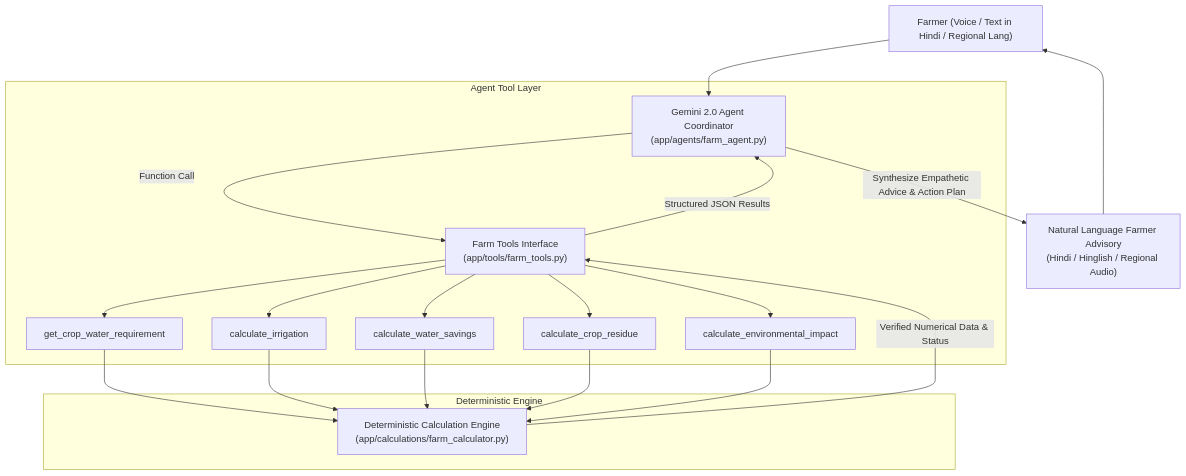
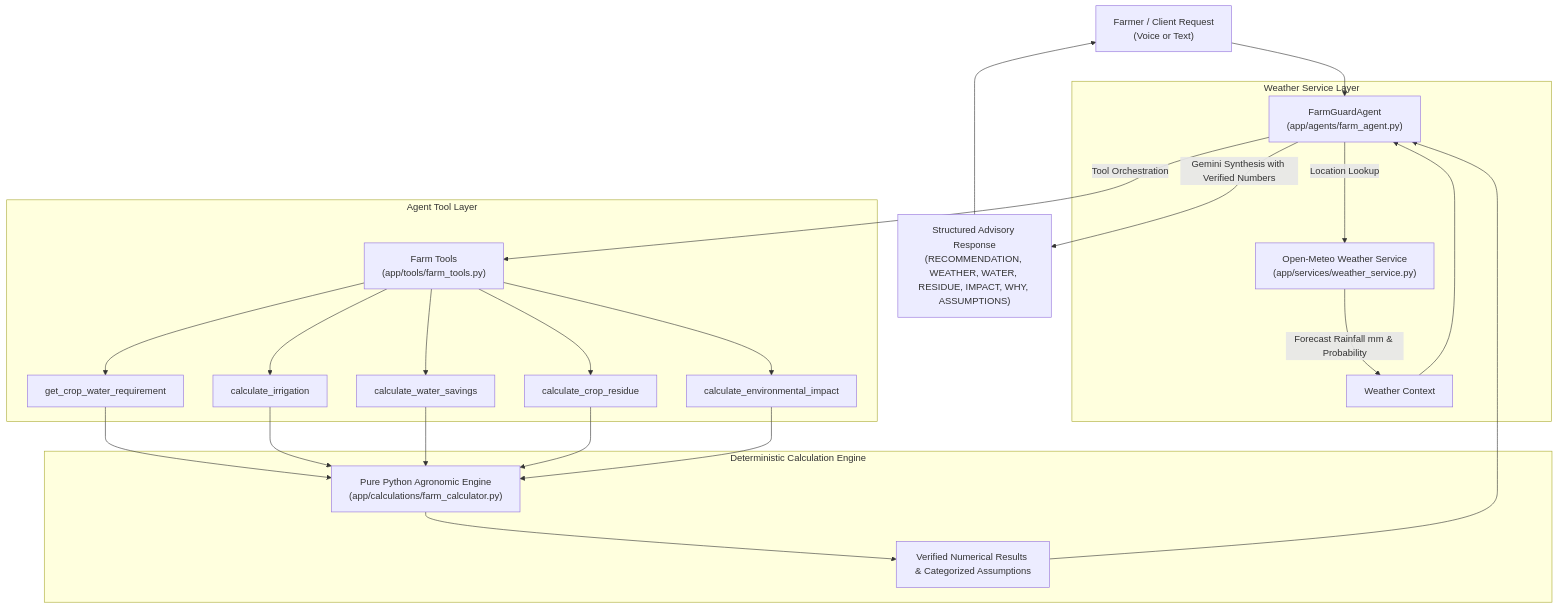
One commit to Ankushh0027/FarmGuard-AI changed the diagram in docs/architecture.md. Above: the diagram before and after it, drawn with Mermaid. The commit also changed other lines of this file and 8 other files, not shown here.

Commit message:
fix: harden irrigation model and weather uncertainty

````diff
--- a/docs/architecture.md
+++ b/docs/architecture.md
@@ -45,26 +21,28 @@
 ```mermaid
 flowchart TD
-    User["Farmer (Voice / Text in Hindi / Regional Lang)"] --> Agent["Gemini 2.0 Agent Coordinator\n(app/agents/farm_agent.py)"]
+    User["Farmer / Client Request\n(Voice or Text)"] --> Agent["FarmGuardAgent\n(app/agents/farm_agent.py)"]
     
+    subgraph Weather Service Layer
+        Agent -->|Location Lookup| WeatherService["Open-Meteo Weather Service\n(app/services/weather_service.py)"]
+        WeatherService -->|Forecast Rainfall mm & Probability| WeatherData["Weather Context"]
+    end
+
     subgraph Agent Tool Layer
-        Agent -->|Function Call| Tools["Farm Tools Interface\n(app/tools/farm_tools.py)"]
-        Tools --> Tool1["get_crop_water_requirement"]
-        Tools --> Tool2["calculate_irrigation"]
-        Tools --> Tool3["calculate_water_savings"]
-        Tools --> Tool4["calculate_crop_residue"]
-        Tools --> Tool5["calculate_environmental_impact"]
+        Agent -->|Tool Orchestration| Tools["Farm Tools\n(app/tools/farm_tools.py)"]
+        Tools --> T1["get_crop_water_requirement"]
+        Tools --> T2["calculate_irrigation"]
+        Tools --> T3["calculate_water_savings"]
+        Tools --> T4["calculate_crop_residue"]
+        Tools --> T5["calculate_environmental_impact"]
     end
-    
-    subgraph Deterministic Engine
-        Tool1 --> DetEngine["Deterministic Calculation Engine\n(app/calculations/farm_calculator.py)"]
-        Tool2 --> DetEngine
-        Tool3 --> DetEngine
-        Tool4 --> DetEngine
-        Tool5 --> DetEngine
+
+    subgraph Deterministic Calculation Engine
+        T1 & T2 & T3 & T4 & T5 --> Engine["Pure Python Agronomic Engine\n(app/calculations/farm_calculator.py)"]
+        Engine --> VerifiedResults["Verified Numerical Results & Categorized Assumptions"]
     end
-    
-    DetEngine -->|Verified Numerical Data & Status| Tools
-    Tools -->|Structured JSON Results| Agent
-    Agent -->|Synthesize Empathetic Advice & Action Plan| FinalAdvisory["Natural Language Farmer Advisory\n(Hindi / Hinglish / Regional Audio)"]
-    FinalAdvisory --> User
+
+    VerifiedResults --> Agent
+    WeatherData --> Agent
+    Agent -->|Gemini Synthesis with Verified Numbers| StructuredAdvisory["Structured Advisory Response\n(RECOMMENDATION, WEATHER, WATER, RESIDUE, IMPACT, WHY, ASSUMPTIONS)"]
+    StructuredAdvisory --> User
 ```
````
